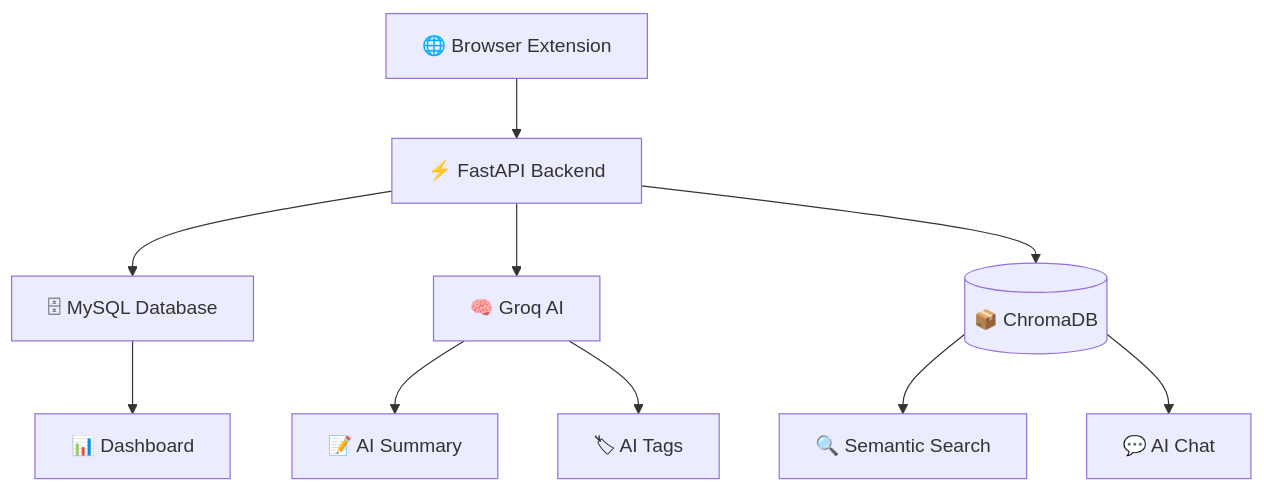
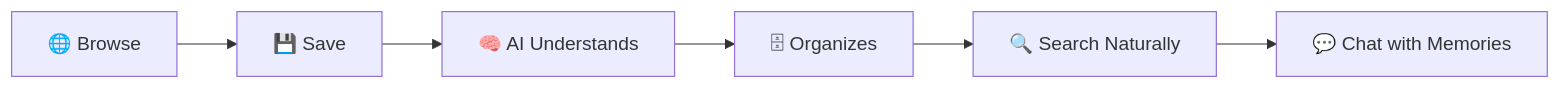
One commit to samruddhipawde/memora_extension changed the first of 3 diagrams in README.md. Above: the diagram before and after it, drawn with Mermaid. The commit also changed other lines of this file, not shown here.

````diff
--- a/README.md
+++ b/README.md
@@ -107,23 +120,15 @@
 ```mermaid
-graph TD
+flowchart LR
 
-A[🌐 Browser Extension]
+A[🌐 Browse]
 
---> B[⚡ FastAPI Backend]
+--> B[💾 Save]
 
-B --> C[🗄 MySQL Database]
+--> C[🧠 AI Understands]
 
-B --> D[🧠 Groq AI]
+--> D[🗄 Organizes]
 
-B --> E[(📦 ChromaDB)]
+--> E[🔍 Search Naturally]
 
-E --> F[🔍 Semantic Search]
-
-C --> G[📊 Dashboard]
-
-E --> H[💬 AI Chat]
-
-D --> I[📝 AI Summary]
-
-D --> J[🏷 AI Tags]
+--> F[💬 Chat with Memories]
 ```
````
